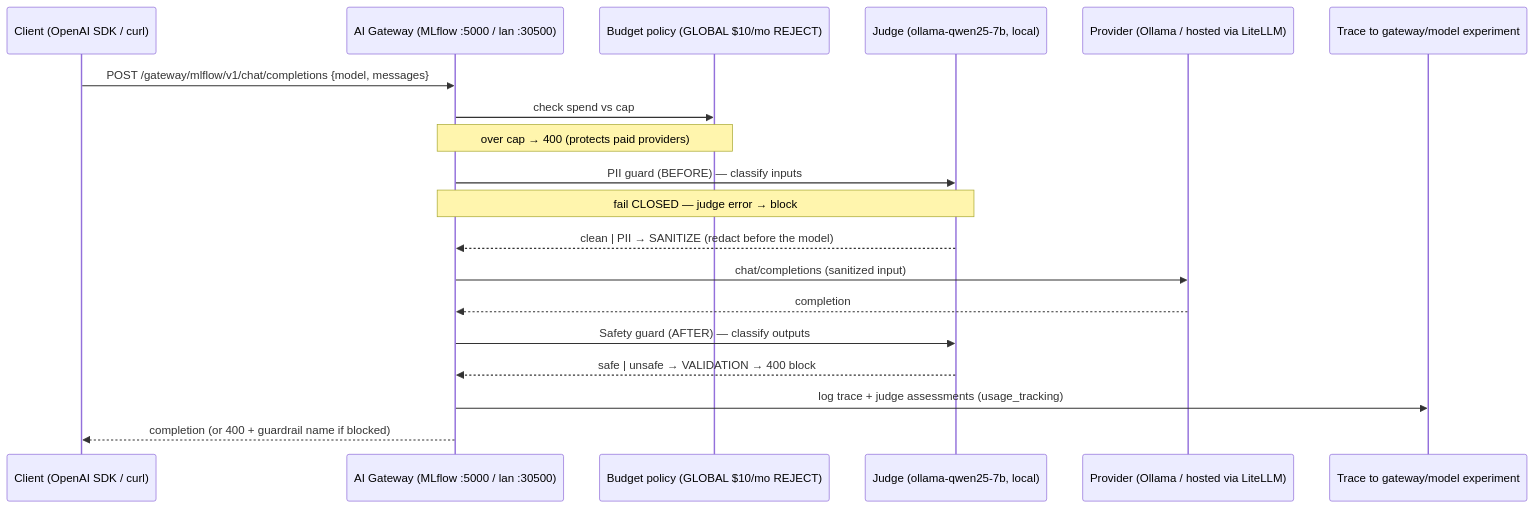
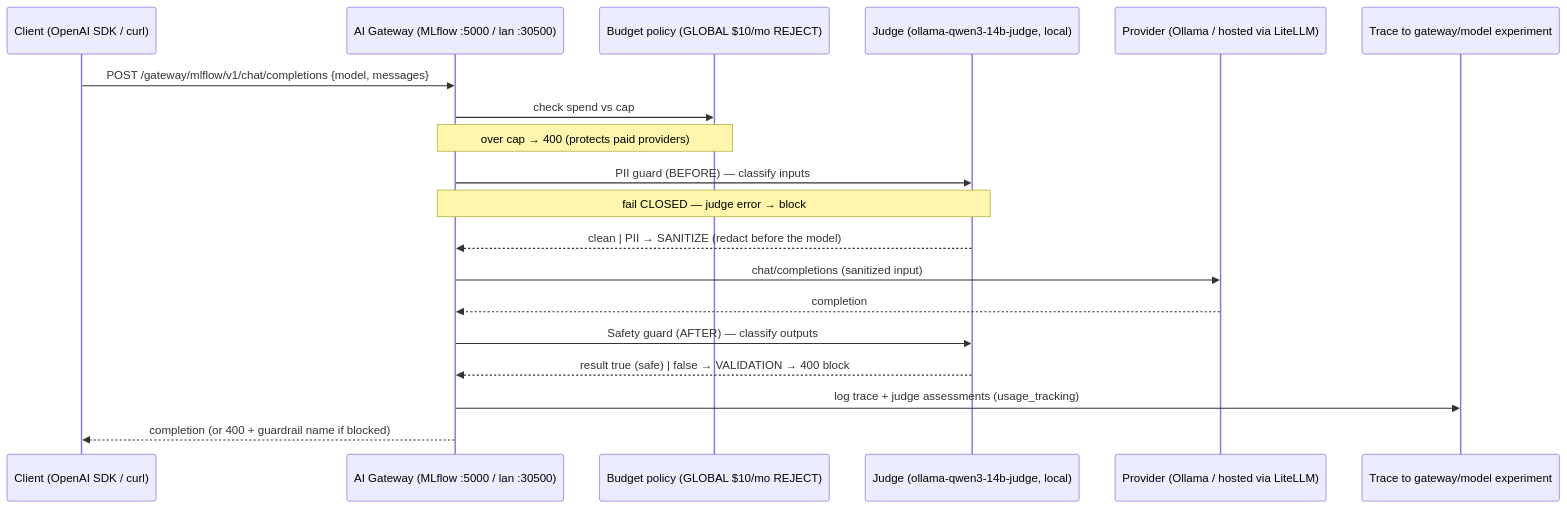
One commit to edtbl76/weyland-lab changed the diagram in docs/diagrams/flow-mlflow-gateway.md. Above: the diagram before and after it, drawn with Mermaid. The commit also changed other lines of this file and 11 other files, not shown here.

````diff
--- a/docs/diagrams/flow-mlflow-gateway.md
+++ b/docs/diagrams/flow-mlflow-gateway.md
@@ -11,21 +11,21 @@
 ```mermaid
 sequenceDiagram
     participant C as Client (OpenAI SDK / curl)
     participant GW as AI Gateway (MLflow :5000 / lan :30500)
     participant B as Budget policy (GLOBAL $10/mo REJECT)
-    participant J as Judge (ollama-qwen25-7b, local)
+    participant J as Judge (ollama-qwen3-14b-judge, local)
     participant P as Provider (Ollama / hosted via LiteLLM)
     participant EXP as Trace to gateway/model experiment
     C->>GW: POST /gateway/mlflow/v1/chat/completions {model, messages}
     GW->>B: check spend vs cap
     Note over GW,B: over cap → 400 (protects paid providers)
     GW->>J: PII guard (BEFORE) — classify inputs
     Note over GW,J: fail CLOSED — judge error → block
     J-->>GW: clean | PII → SANITIZE (redact before the model)
     GW->>P: chat/completions (sanitized input)
     P-->>GW: completion
     GW->>J: Safety guard (AFTER) — classify outputs
-    J-->>GW: safe | unsafe → VALIDATION → 400 block
+    J-->>GW: result true (safe) | false → VALIDATION → 400 block
     GW->>EXP: log trace + judge assessments (usage_tracking)
     GW-->>C: completion (or 400 + guardrail name if blocked)
 ```
````
